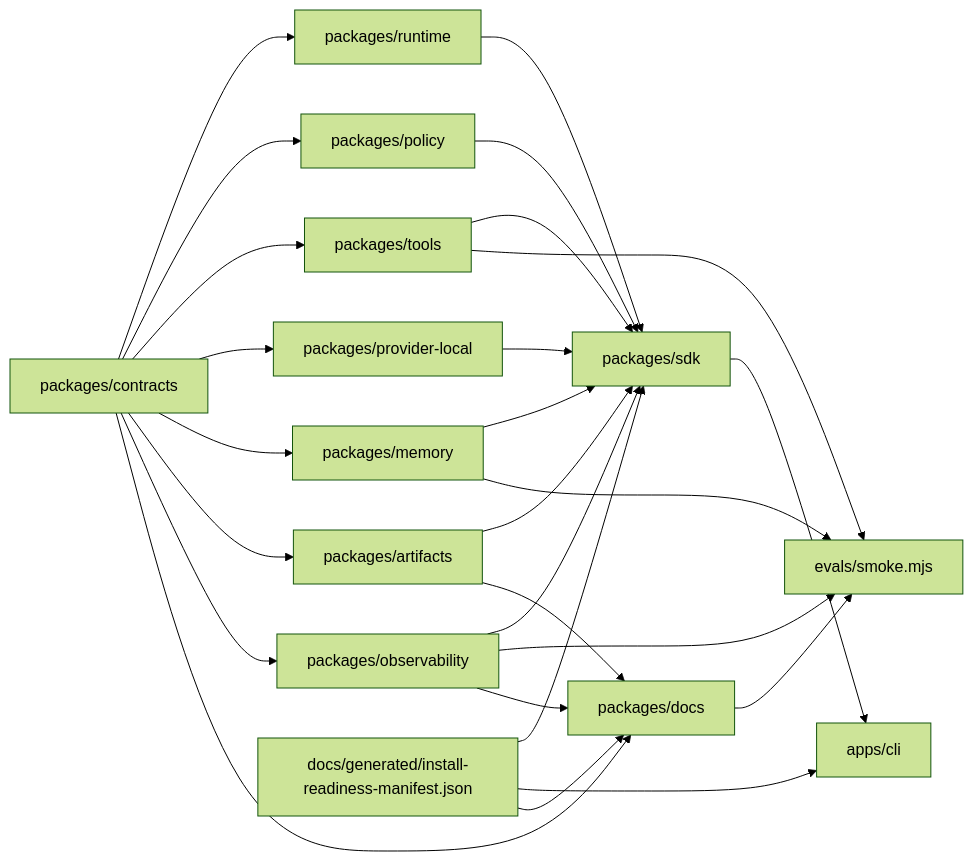
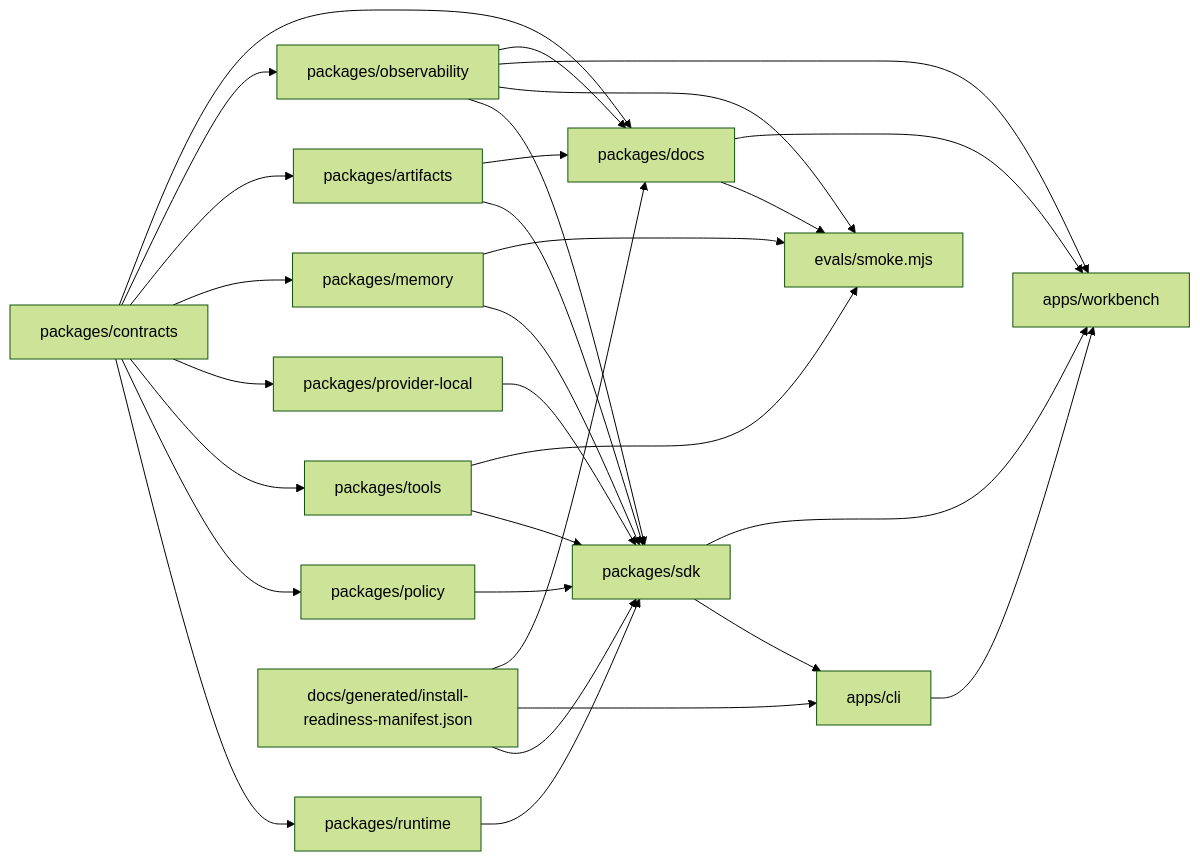
One commit to JamiStudio/jami-harness changed the diagram in apps/docs/system-map.mdx. Above: the diagram before and after it, drawn with Mermaid (forest theme). The commit also changed other lines of this file and 29 other files, not shown here.

````diff
--- a/apps/docs/system-map.mdx
+++ b/apps/docs/system-map.mdx
@@ -15,41 +15,46 @@
 ```mermaid
 flowchart LR
   contracts[packages/contracts]
   runtime[packages/runtime]
   policy[packages/policy]
   tools[packages/tools]
   provider[packages/provider-local]
   memory[packages/memory]
   artifacts[packages/artifacts]
   observability[packages/observability]
   evals[evals/smoke.mjs]
   sdk[packages/sdk]
   cli[apps/cli]
   docs[packages/docs]
+  workbench[apps/workbench]
   contracts --> runtime
   contracts --> policy
   contracts --> tools
   contracts --> provider
   contracts --> memory
   contracts --> artifacts
   contracts --> observability
   runtime --> sdk
   policy --> sdk
   tools --> sdk
   provider --> sdk
   memory --> sdk
   artifacts --> sdk
   observability --> sdk
   observability --> evals
   tools --> evals
   memory --> evals
   docs --> evals
   sdk --> cli
+  sdk --> workbench
+  cli --> workbench
+  docs --> workbench
+  observability --> workbench
   install[docs/generated/install-readiness-manifest.json]
   install --> sdk
   install --> cli
   install --> docs
   contracts --> docs
   artifacts --> docs
   observability --> docs
 ```
````
